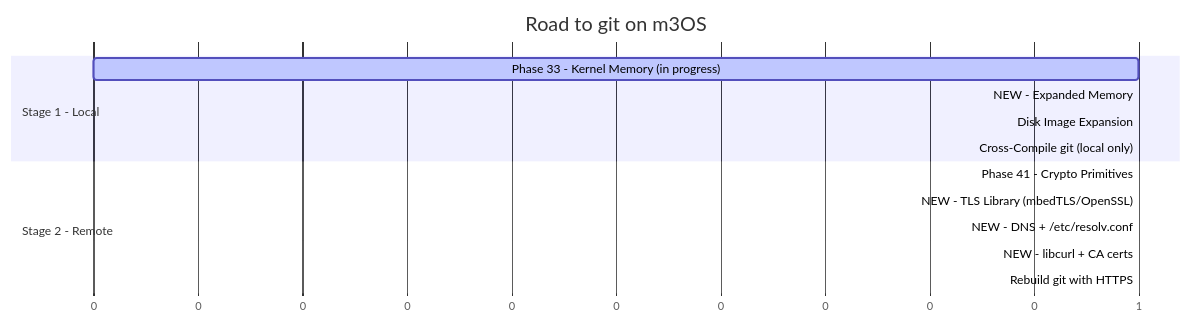
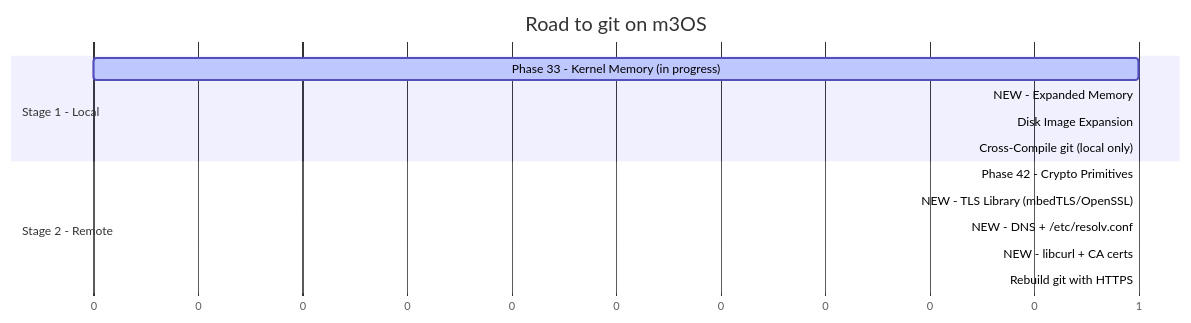
One commit to mikecubed/m3OS changed the sixth of 6 diagrams in docs/git-roadmap.md. Above: the diagram before and after it, drawn with Mermaid. The commit also changed other lines of this file and 34 other files, not shown here.

````diff
--- a/docs/git-roadmap.md
+++ b/docs/git-roadmap.md
@@ -566,19 +566,19 @@
 ```mermaid
 gantt
     title Road to git on m3OS
     dateFormat X
     axisFormat %s
 
     section Stage 1 - Local
     Phase 33 - Kernel Memory (in progress)     :active, p33, 0, 1
     NEW - Expanded Memory                      :crit, em, after p33, 1
     Disk Image Expansion                       :di, after em, 1
     Cross-Compile git (local only)             :git1, after di, 1
 
     section Stage 2 - Remote
-    Phase 41 - Crypto Primitives               :p41, after git1, 1
+    Phase 42 - Crypto Primitives               :p41, after git1, 1
     NEW - TLS Library (mbedTLS/OpenSSL)        :crit, tls, after p41, 1
     NEW - DNS + /etc/resolv.conf               :dns, after tls, 1
     NEW - libcurl + CA certs                   :curl, after dns, 1
     Rebuild git with HTTPS                     :git2, after curl, 1
 ```
````
